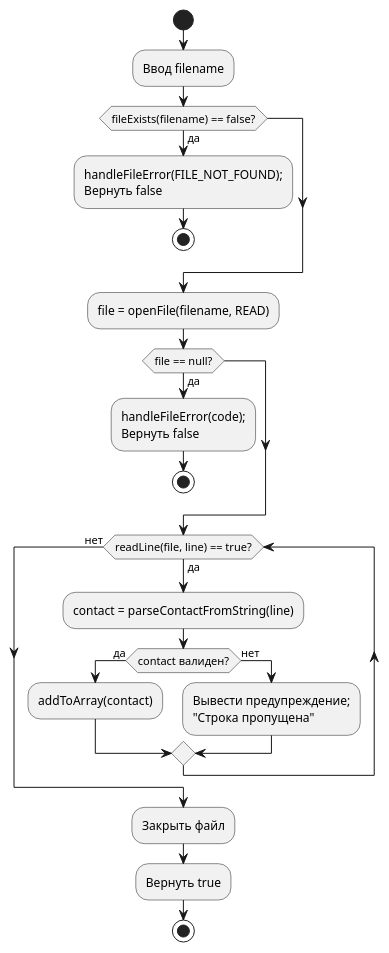
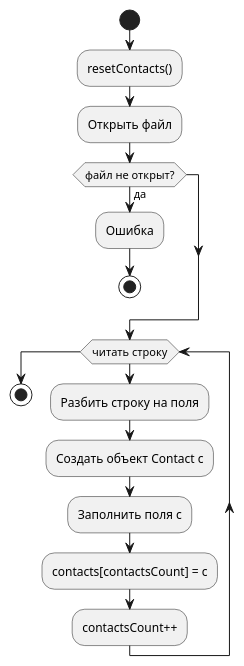
Before and after one commit to highluv/CS_sm_2: the diagram in purpose/flowcharts/loadFromFile.puml, drawn with PlantUML. The commit also changed 12 other files, not shown here.

```diff
--- a/purpose/flowcharts/loadFromFile.puml
+++ b/purpose/flowcharts/loadFromFile.puml
@@ -1,30 +1,24 @@
 @startuml
 start
 
-:Ввод filename;
+:resetContacts();
 
-if (fileExists(filename) == false?) then (да)
-  :handleFileError(FILE_NOT_FOUND);\nВернуть false;
-  stop
+:Открыть файл;
+
+if (файл не открыт?) then (да)
+    :Ошибка;
+    stop
 endif
 
-:file = openFile(filename, READ);
-if (file == null?) then (да)
-  :handleFileError(code);\nВернуть false;
-  stop
-endif
+while (читать строку)
+    :Разбить строку на поля;
 
-while (readLine(file, line) == true?) is (да)
-  :contact = parseContactFromString(line);
-  if (contact валиден?) then (да)
-    :addToArray(contact);
-  else (нет)
-    :Вывести предупреждение;\n"Строка пропущена";
-  endif
-endwhile (нет)
+    :Создать объект Contact c;
+    :Заполнить поля c;
 
-:Закрыть файл;
-:Вернуть true;
+    :contacts[contactsCount] = c;
+    :contactsCount++;
+endwhile
 
 stop
 @enduml
```
